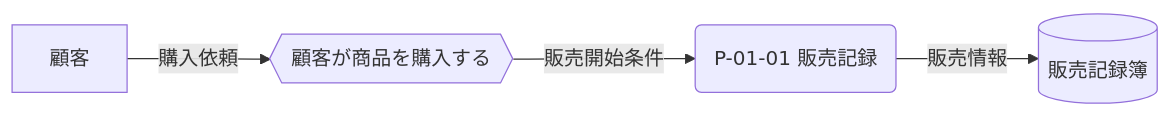
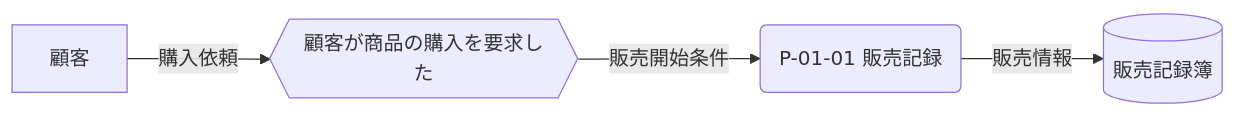
Before and after one commit to specdojo/specdojo: the third of 5 diagrams in docs/ja/specdojo/rulebooks/cdfd-mermaid-rulebook.md, drawn with Mermaid. The commit also changed other lines of this file and 10 other files, not shown here.

````diff
--- a/docs/ja/specdojo/rulebooks/cdfd-mermaid-rulebook.md
+++ b/docs/ja/specdojo/rulebooks/cdfd-mermaid-rulebook.md
@@ -136,6 +147,6 @@
 ```mermaid
 flowchart LR
-  顧客["顧客"] -->|"購入依頼"| 購入要求{{"顧客が商品を購入する"}}
+  顧客["顧客"] -->|"購入依頼"| 購入要求{{"顧客が商品の購入を要求した"}}
   購入要求 -->|"販売開始条件"| 販売記録("P-01-01 販売記録")
   販売記録 -->|"販売情報"| 販売記録簿[("販売記録簿")]
 ```
````
